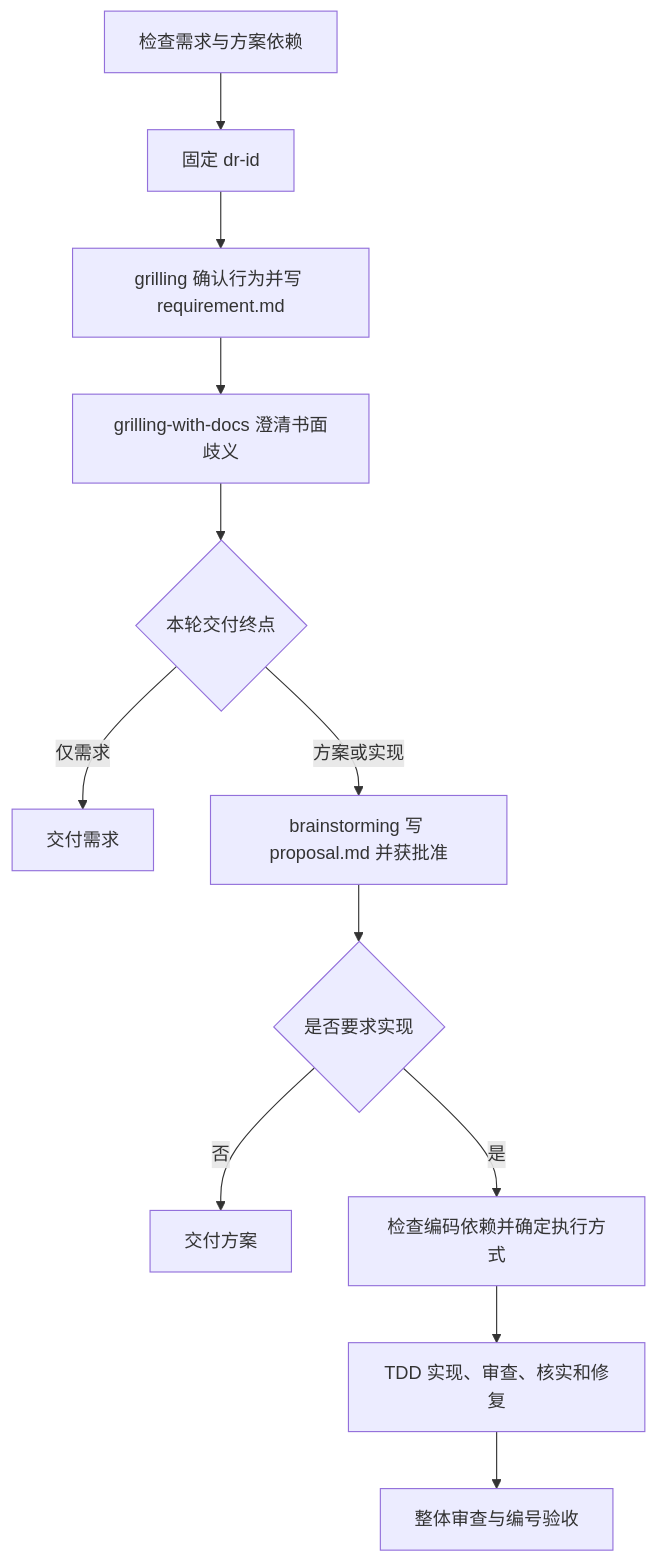
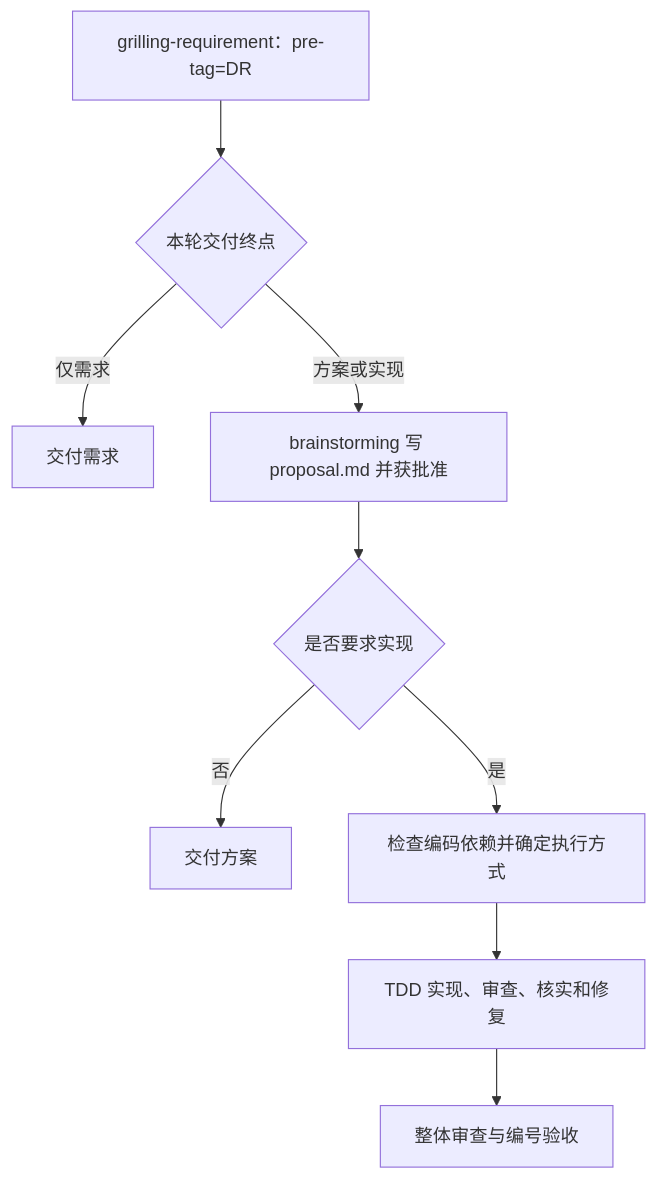
Before and after one commit to j-show/ai-everything: the diagram in skills/dev-requirement/README.md, drawn with Mermaid. The commit also changed other lines of this file and 15 other files, not shown here.

````diff
--- a/skills/dev-requirement/README.md
+++ b/skills/dev-requirement/README.md
@@ -17,14 +17,11 @@
 ```mermaid
 flowchart TD
-    A[检查需求与方案依赖] --> B[固定 dr-id]
-    B --> C[grilling 确认行为并写 requirement.md]
-    C --> D[grilling-with-docs 澄清书面歧义]
-    D --> E{本轮交付终点}
+    A[grilling-requirement：pre-tag=DR] --> E{本轮交付终点}
     E -->|仅需求| F[交付需求]
     E -->|方案或实现| G[brainstorming 写 proposal.md 并获批准]
     G --> H{是否要求实现}
     H -->|否| I[交付方案]
     H -->|是| J[检查编码依赖并确定执行方式]
     J --> K[TDD 实现、审查、核实和修复]
     K --> L[整体审查与编号验收]
 ```
````
